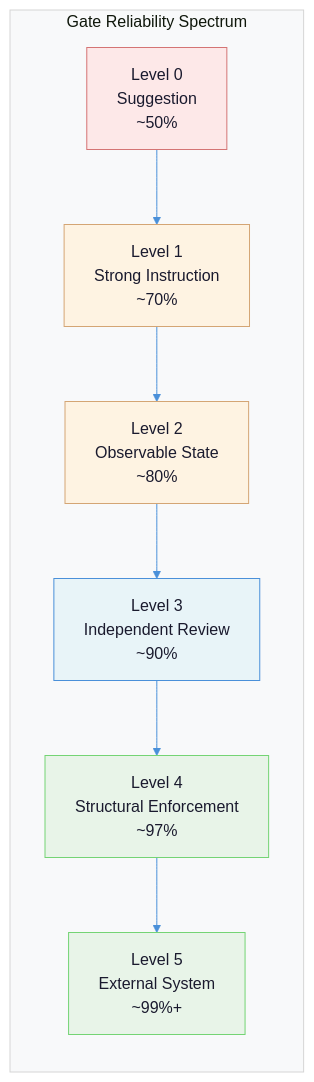
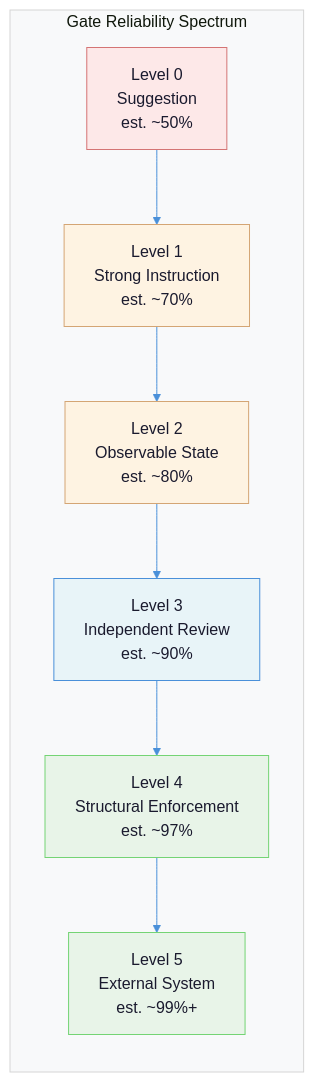
One commit to Rmohid/agentic-engineering-docs changed the second of 5 diagrams in docs/quality-gates-in-agentic-systems.md. Above: the diagram before and after it, drawn with Mermaid. The commit also changed other lines of this file and 2 other files, not shown here.

````diff
--- a/docs/quality-gates-in-agentic-systems.md
+++ b/docs/quality-gates-in-agentic-systems.md
@@ -141,18 +150,18 @@
 ```mermaid
 %%{init: {'theme': 'base', 'themeVariables': {'primaryColor': '#e8f4f8', 'primaryTextColor': '#1a1a2e', 'primaryBorderColor': '#4a90d9', 'lineColor': '#4a90d9', 'secondaryColor': '#fef3e2', 'tertiaryColor': '#f0e8f4', 'clusterBkg': '#f8f9fa', 'edgeLabelBackground': '#f8f9fa'}}}%%
 graph LR
     subgraph Spectrum["Gate Reliability Spectrum"]
-        L0["Level 0<br/>Suggestion<br/>~50%"] --> L1["Level 1<br/>Strong Instruction<br/>~70%"]
-        L1 --> L2["Level 2<br/>Observable State<br/>~80%"]
-        L2 --> L3["Level 3<br/>Independent Review<br/>~90%"]
-        L3 --> L4["Level 4<br/>Structural Enforcement<br/>~97%"]
-        L4 --> L5["Level 5<br/>External System<br/>~99%+"]
+        L0["Level 0<br/>Suggestion<br/>est. ~50%"] --> L1["Level 1<br/>Strong Instruction<br/>est. ~70%"]
+        L1 --> L2["Level 2<br/>Observable State<br/>est. ~80%"]
+        L2 --> L3["Level 3<br/>Independent Review<br/>est. ~90%"]
+        L3 --> L4["Level 4<br/>Structural Enforcement<br/>est. ~97%"]
+        L4 --> L5["Level 5<br/>External System<br/>est. ~99%+"]
     end
 
     style L0 fill:#fde8e8,stroke:#d47474
     style L1 fill:#fef3e2,stroke:#d4a574
     style L2 fill:#fef3e2,stroke:#d4a574
     style L3 fill:#e8f4f8,stroke:#4a90d9
     style L4 fill:#e8f4e8,stroke:#74d474
     style L5 fill:#e8f4e8,stroke:#74d474
 ```
````
